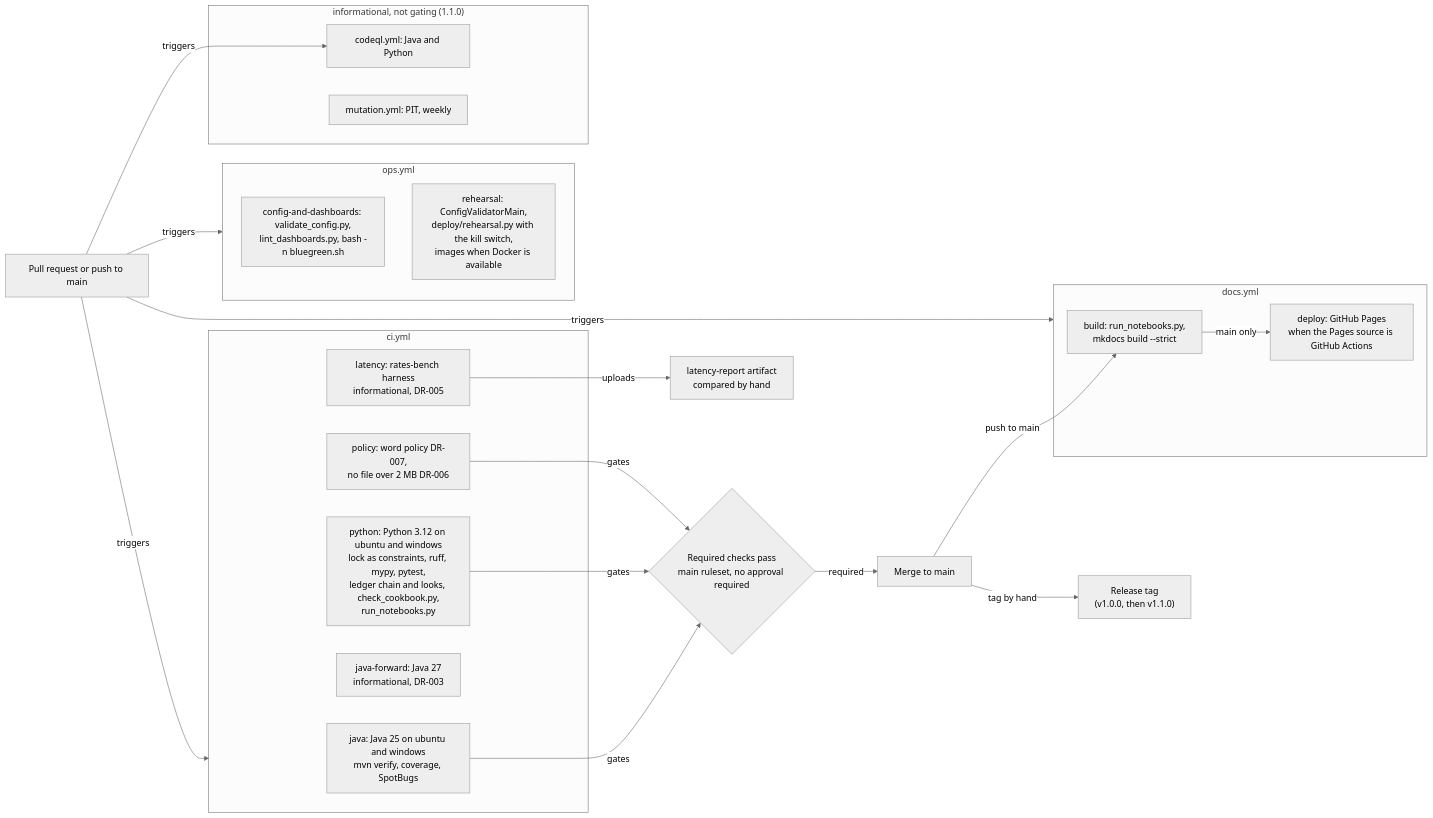
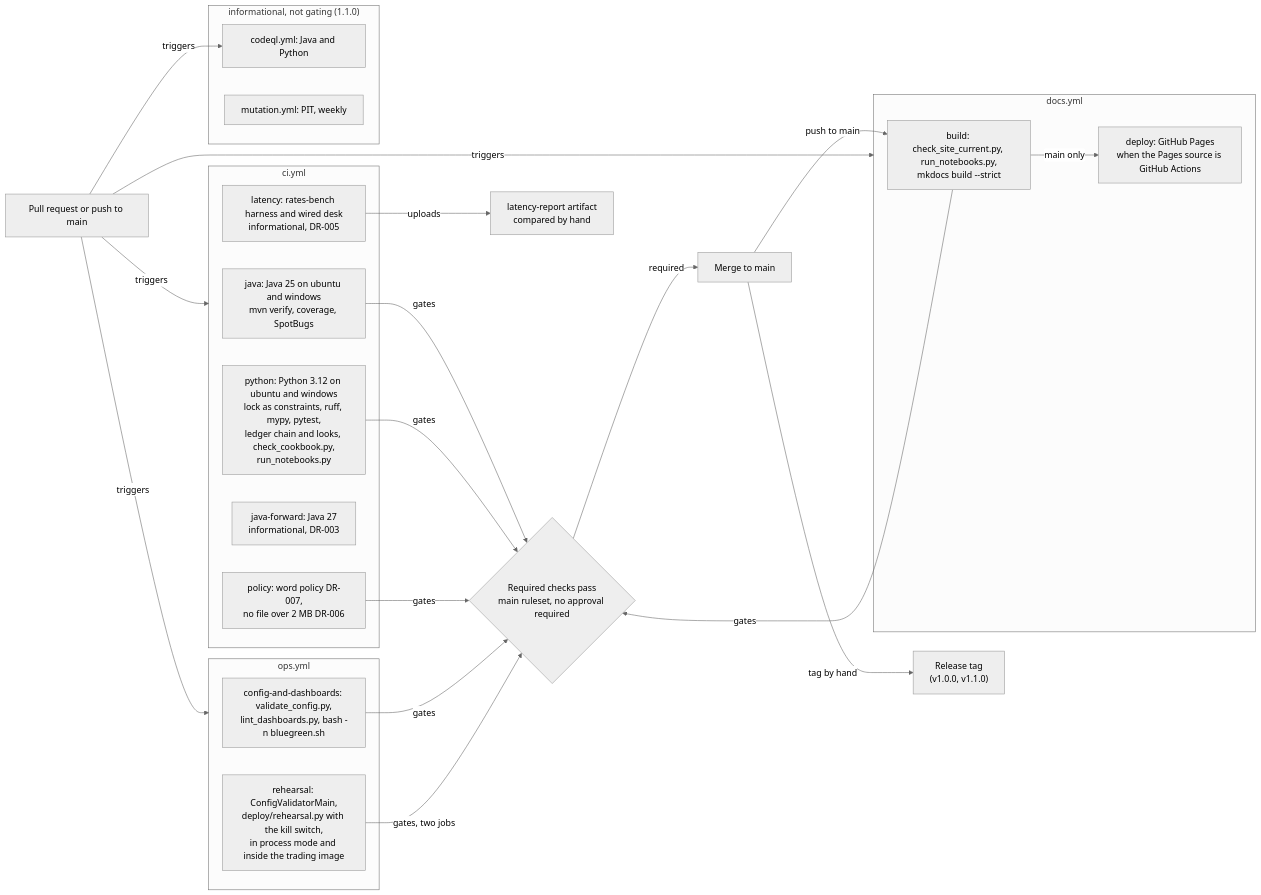
Before and after one commit to AshJha0/rates-algo-trading: the diagram in docs/diagrams/ci_pipeline.mmd, drawn with Mermaid (neutral theme). The commit also changed 32 other files, not shown here.

Commit message:
docs: audit against the code at HEAD; README entry, order lifecycle, v2 process, pricing path and six diagrams

```diff
--- a/docs/diagrams/ci_pipeline.mmd
+++ b/docs/diagrams/ci_pipeline.mmd
@@ -1,39 +1,42 @@
 %% Title: CI, docs and ops workflows on a pull request and on main
 flowchart LR
   pr["Pull request or push to main"]
   subgraph ci["ci.yml"]
     java["java: Java 25 on ubuntu and windows<br/>mvn verify, coverage, SpotBugs"]
     python["python: Python 3.12 on ubuntu and windows<br/>lock as constraints, ruff, mypy, pytest,<br/>ledger chain and looks, check_cookbook.py,<br/>run_notebooks.py"]
     policy["policy: word policy DR-007,<br/>no file over 2 MB DR-006"]
     fwd["java-forward: Java 27<br/>informational, DR-003"]
-    lat["latency: rates-bench harness<br/>informational, DR-005"]
+    lat["latency: rates-bench harness and wired desk<br/>informational, DR-005"]
   end
   subgraph docs["docs.yml"]
-    build["build: run_notebooks.py,<br/>mkdocs build --strict"]
+    build["build: check_site_current.py, run_notebooks.py,<br/>mkdocs build --strict"]
     deploy["deploy: GitHub Pages<br/>when the Pages source is GitHub Actions"]
   end
   subgraph ops["ops.yml"]
     cfg["config-and-dashboards: validate_config.py,<br/>lint_dashboards.py, bash -n bluegreen.sh"]
-    reh["rehearsal: ConfigValidatorMain,<br/>deploy/rehearsal.py with the kill switch,<br/>images when Docker is available"]
+    reh["rehearsal: ConfigValidatorMain,<br/>deploy/rehearsal.py with the kill switch,<br/>in process mode and inside the trading image"]
   end
   subgraph info["informational, not gating (1.1.0)"]
     codeql["codeql.yml: Java and Python"]
     pit["mutation.yml: PIT, weekly"]
   end
   gate{"Required checks pass<br/>main ruleset, no approval required"}
   merge["Merge to main"]
   report["latency-report artifact<br/>compared by hand"]
-  release["Release tag<br/>(v1.0.0, then v1.1.0)"]
+  release["Release tag<br/>(v1.0.0, v1.1.0)"]
 
   pr -->|triggers| ci
   pr -->|triggers| docs
   pr -->|triggers| ops
   pr -->|triggers| codeql
   java -->|gates| gate
   python -->|gates| gate
   policy -->|gates| gate
+  build -->|gates| gate
+  cfg -->|gates| gate
+  reh -->|gates, two jobs| gate
   lat -->|uploads| report
   gate -->|required| merge
   merge -->|push to main| build
   build -->|main only| deploy
   merge -->|tag by hand| release
```
